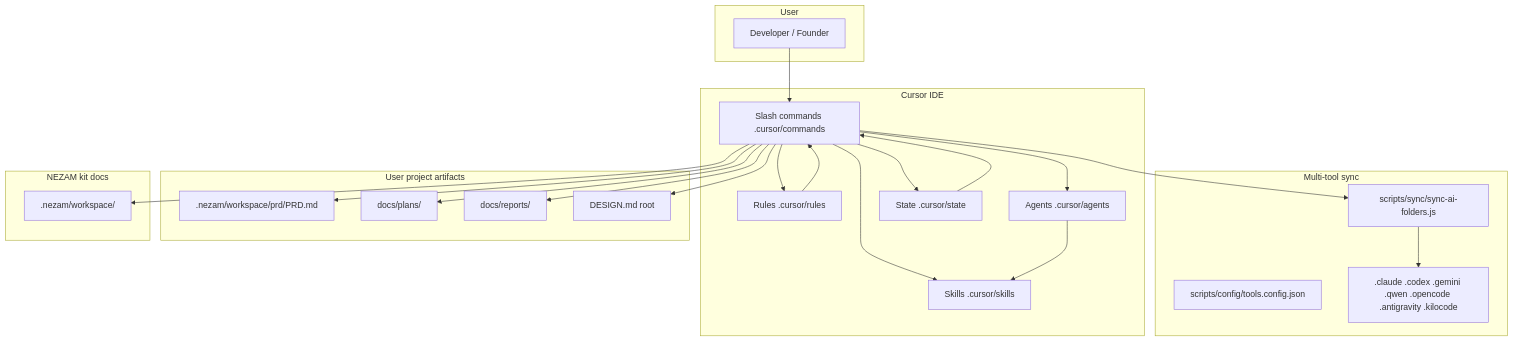
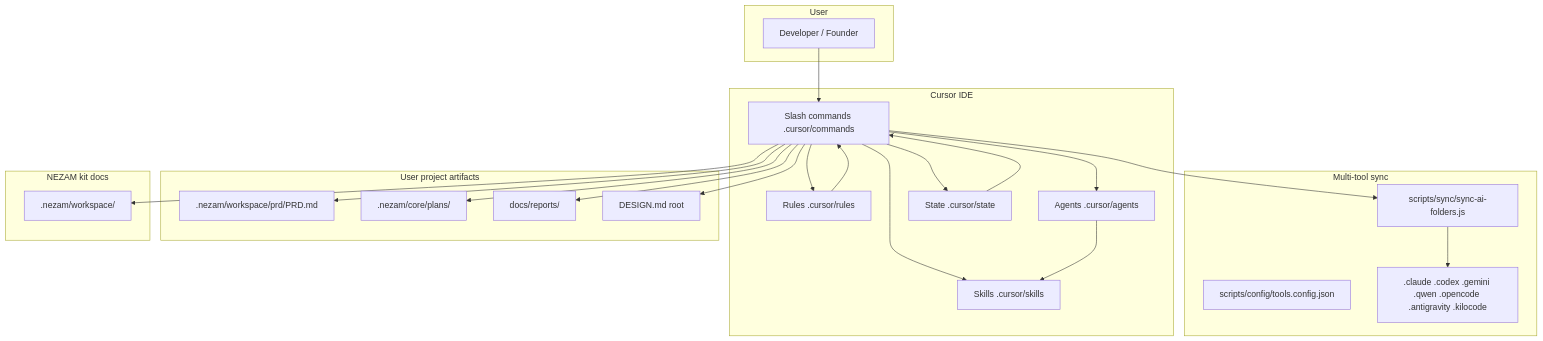
One commit to iDorgham/Nezam changed the diagram in .nezam/core/docs/grok.md. Above: the diagram before and after it, drawn with Mermaid. The commit also changed other lines of this file and 1960 other files, not shown here.

````diff
--- a/.nezam/core/docs/grok.md
+++ b/.nezam/core/docs/grok.md
@@ -60,47 +60,47 @@
 ```mermaid
 flowchart TB
   subgraph User
     U[Developer / Founder]
   end
 
   subgraph CursorIDE[Cursor IDE]
     CMD[Slash commands .cursor/commands]
     RUL[Rules .cursor/rules]
     AG[Agents .cursor/agents]
     SK[Skills .cursor/skills]
     ST[State .cursor/state]
   end
 
   subgraph Sync[Multi-tool sync]
     SAF[scripts/sync/sync-ai-folders.js]
     TCFG[scripts/config/tools.config.json]
     MIRRORS[.claude .codex .gemini .qwen .opencode .antigravity .kilocode]
   end
 
   subgraph ProjectDocs[User project artifacts]
     PRD[.nezam/workspace/prd/PRD.md]
-    PLN[docs/plans/]
+    PLN[.nezam/core/plans/]
     REP[docs/reports/]
     DM[DESIGN.md root]
   end
 
   subgraph NezamDocs[NEZAM kit docs]
     NZ[.nezam/workspace/]
   end
 
   U --> CMD
   CMD --> RUL
   CMD --> AG
   CMD --> SK
   CMD --> ST
   AG --> SK
   RUL --> CMD
   ST --> CMD
   SAF --> MIRRORS
   CMD --> SAF
   CMD --> PRD
   CMD --> PLN
   CMD --> REP
   CMD --> DM
   CMD --> NZ
 ```
````
